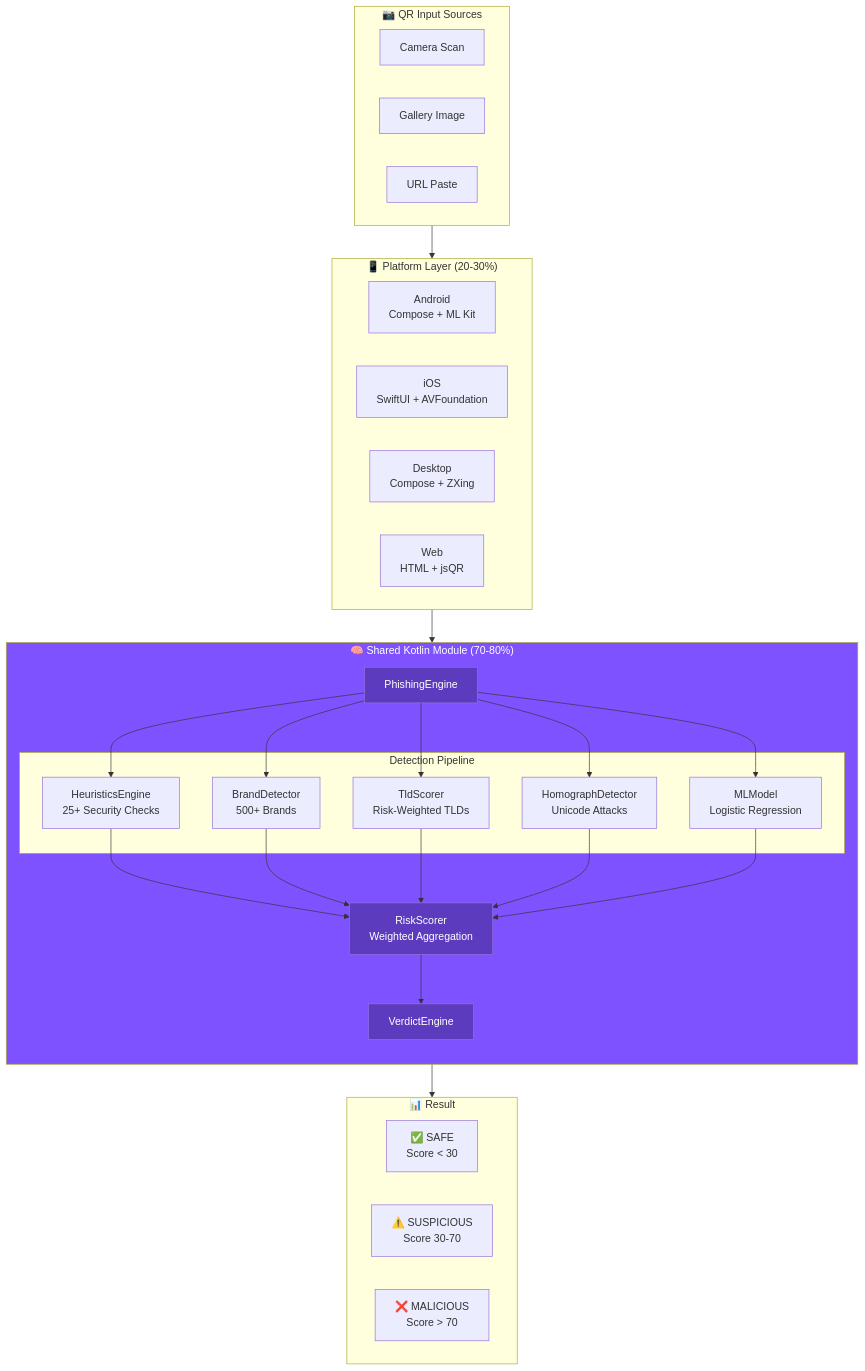
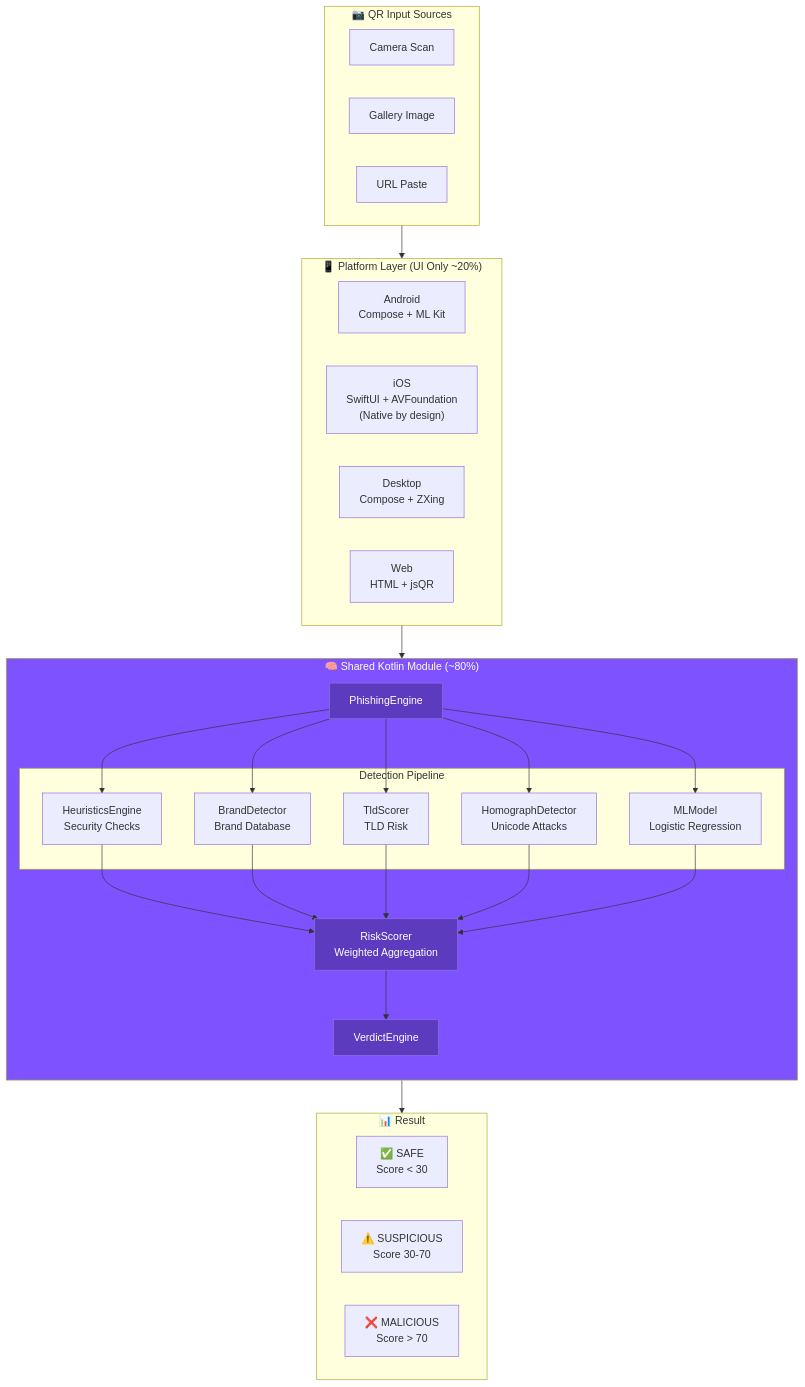
The diagram in README.md (Raoof128/Raoof128.github.io), drawn with Mermaid before and after one commit. The commit also changed other lines of this file and 4 other files, not shown here.

Commit message:
feat: Implement web app demo mode and keyboard shortcuts, and refine README with architectural decisions, KMP rationale, and verifiable claims.

````diff
--- a/README.md
+++ b/README.md
@@ -161,50 +240,50 @@
 ```mermaid
 flowchart TB
     subgraph INPUT["📷 QR Input Sources"]
         CAM[Camera Scan]
         GAL[Gallery Image]
         URL[URL Paste]
     end
 
-    subgraph PLATFORM["📱 Platform Layer (20-30%)"]
+    subgraph PLATFORM["📱 Platform Layer (UI Only ~20%)"]
         direction LR
         AND["Android<br/>Compose + ML Kit"]
-        IOS["iOS<br/>SwiftUI + AVFoundation"]
+        IOS["iOS<br/>SwiftUI + AVFoundation<br/>(Native by design)"]
         DSK["Desktop<br/>Compose + ZXing"]
         WEB["Web<br/>HTML + jsQR"]
     end
 
-    subgraph SHARED["🧠 Shared Kotlin Module (70-80%)"]
+    subgraph SHARED["🧠 Shared Kotlin Module (~80%)"]
         direction TB
         PE["PhishingEngine"]
         
         subgraph ANALYSIS["Detection Pipeline"]
-            HE["HeuristicsEngine<br/>25+ Security Checks"]
-            BD["BrandDetector<br/>500+ Brands"]
-            TS["TldScorer<br/>Risk-Weighted TLDs"]
+            HE["HeuristicsEngine<br/>Security Checks"]
+            BD["BrandDetector<br/>Brand Database"]
+            TS["TldScorer<br/>TLD Risk"]
             HD["HomographDetector<br/>Unicode Attacks"]
             ML["MLModel<br/>Logistic Regression"]
         end
         
         RS["RiskScorer<br/>Weighted Aggregation"]
         VE["VerdictEngine"]
     end
 
     subgraph OUTPUT["📊 Result"]
         SAFE["✅ SAFE<br/>Score < 30"]
         SUSP["⚠️ SUSPICIOUS<br/>Score 30-70"]
         MAL["❌ MALICIOUS<br/>Score > 70"]
     end
 
     INPUT --> PLATFORM
     PLATFORM --> PE
     PE --> HE & BD & TS & HD & ML
     HE & BD & TS & HD & ML --> RS
     RS --> VE
     VE --> OUTPUT
 
     style SHARED fill:#7F52FF,color:#fff
     style PE fill:#5c3bbf,color:#fff
     style RS fill:#5c3bbf,color:#fff
     style VE fill:#5c3bbf,color:#fff
 ```
````
